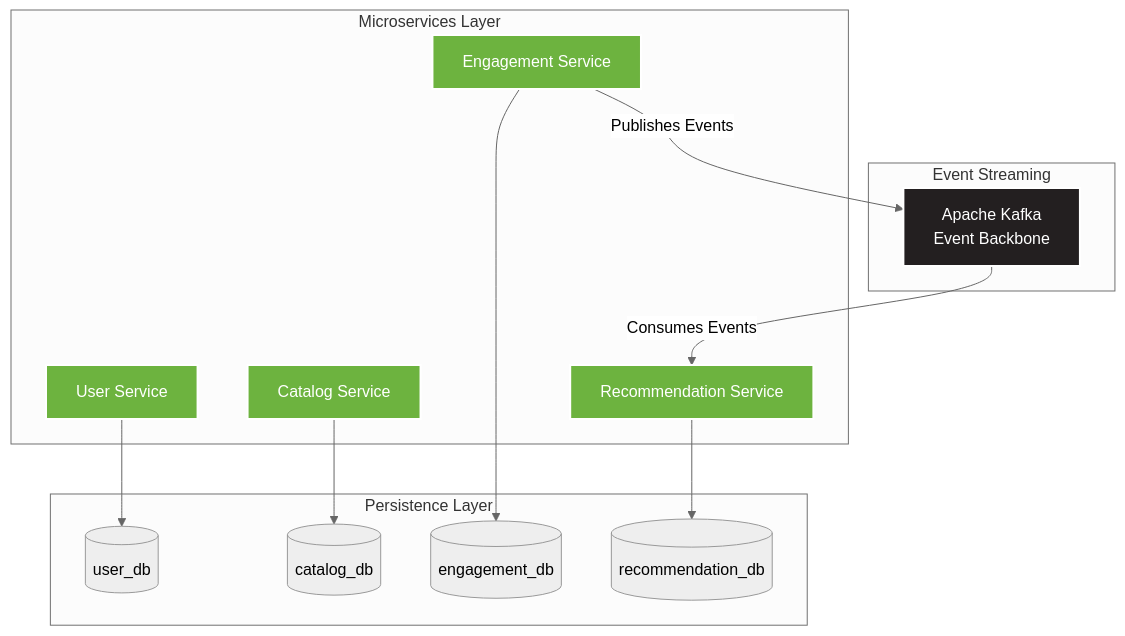
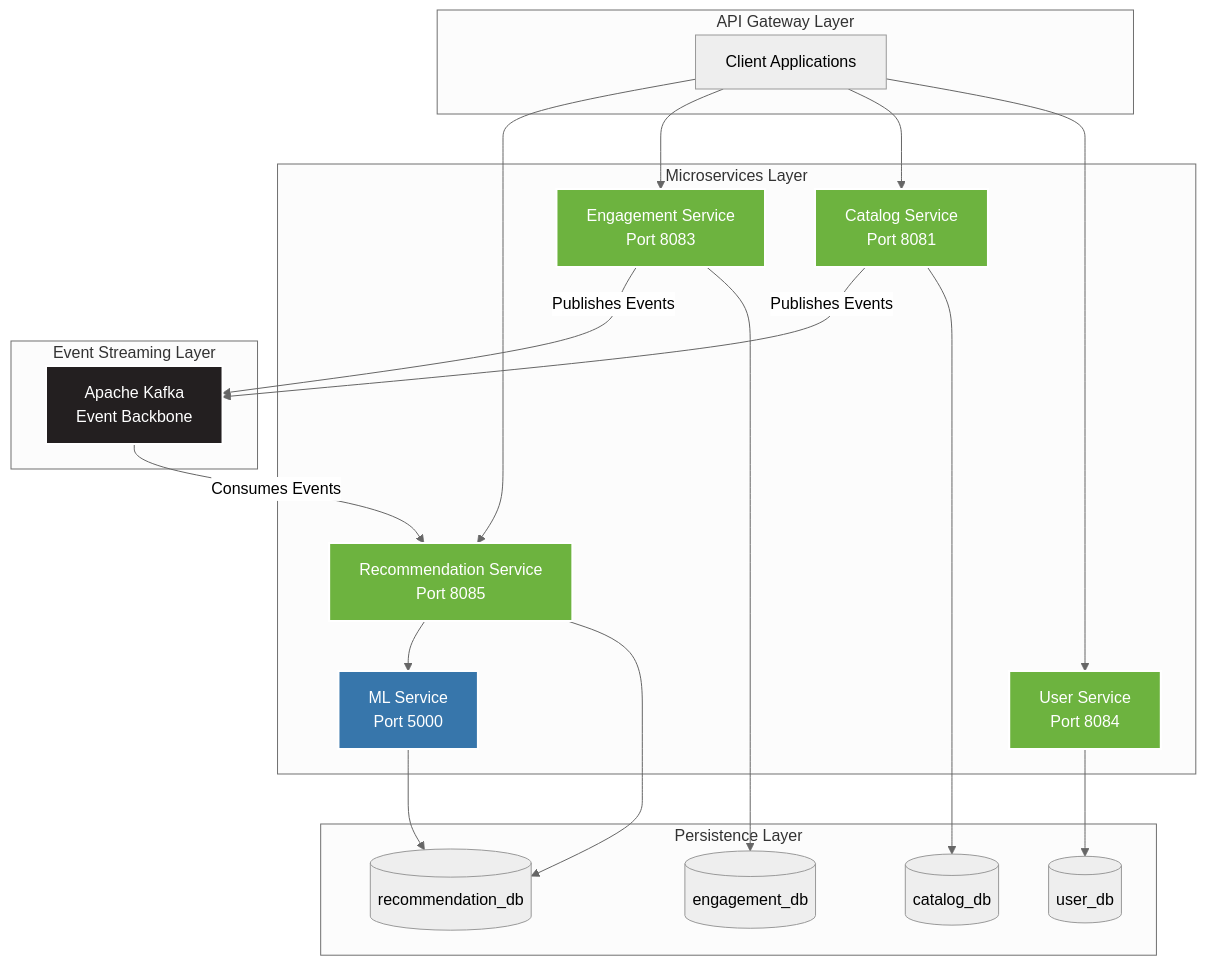
Before and after one commit to Luca5Eckert/VellumHub: the diagram in README.md, drawn with Mermaid (neutral theme). The commit also changed other lines of this file, not shown here.

````diff
--- a/README.md
+++ b/README.md
@@ -18,33 +53,47 @@
 ```mermaid
 graph TB
-    subgraph "Microservices Layer"
-        US[User Service]
-        CS[Catalog Service]
-        ES[Engagement Service]
-        RS[Recommendation Service]
+    subgraph "API Gateway Layer"
+        CLIENT[Client Applications]
     end
     
-    subgraph "Event Streaming"
+    subgraph "Microservices Layer"
+        US[User Service<br/>Port 8084]
+        CS[Catalog Service<br/>Port 8081]
+        ES[Engagement Service<br/>Port 8083]
+        RS[Recommendation Service<br/>Port 8085]
+        ML[ML Service<br/>Port 5000]
+    end
+    
+    subgraph "Event Streaming Layer"
         KAFKA[Apache Kafka<br/>Event Backbone]
     end
     
     subgraph "Persistence Layer"
         USER_DB[(user_db)]
         CATALOG_DB[(catalog_db)]
         ENGAGEMENT_DB[(engagement_db)]
         RECOMMENDATION_DB[(recommendation_db)]
     end
     
+    CLIENT --> US
+    CLIENT --> CS
+    CLIENT --> ES
+    CLIENT --> RS
+    
     US --> USER_DB
     CS --> CATALOG_DB
     ES --> ENGAGEMENT_DB
     ES -->|Publishes Events| KAFKA
+    CS -->|Publishes Events| KAFKA
     KAFKA -->|Consumes Events| RS
     RS --> RECOMMENDATION_DB
+    RS --> ML
+    ML --> RECOMMENDATION_DB
     
     style KAFKA fill:#231F20,stroke:#fff,stroke-width:2px,color:#fff
     style US fill:#6DB33F,stroke:#fff,stroke-width:2px,color:#fff
     style CS fill:#6DB33F,stroke:#fff,stroke-width:2px,color:#fff
     style ES fill:#6DB33F,stroke:#fff,stroke-width:2px,color:#fff
     style RS fill:#6DB33F,stroke:#fff,stroke-width:2px,color:#fff
+    style ML fill:#3776AB,stroke:#fff,stroke-width:2px,color:#fff
 ```
````
